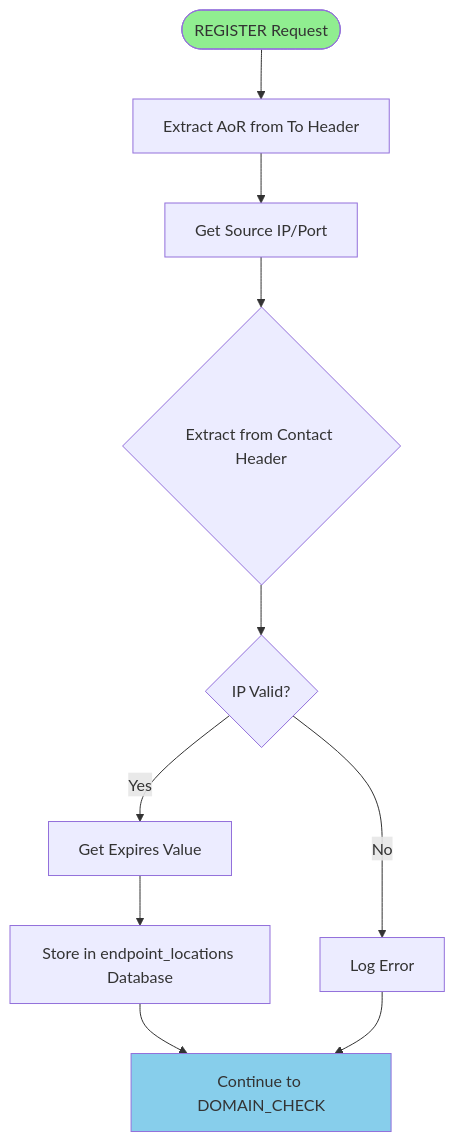
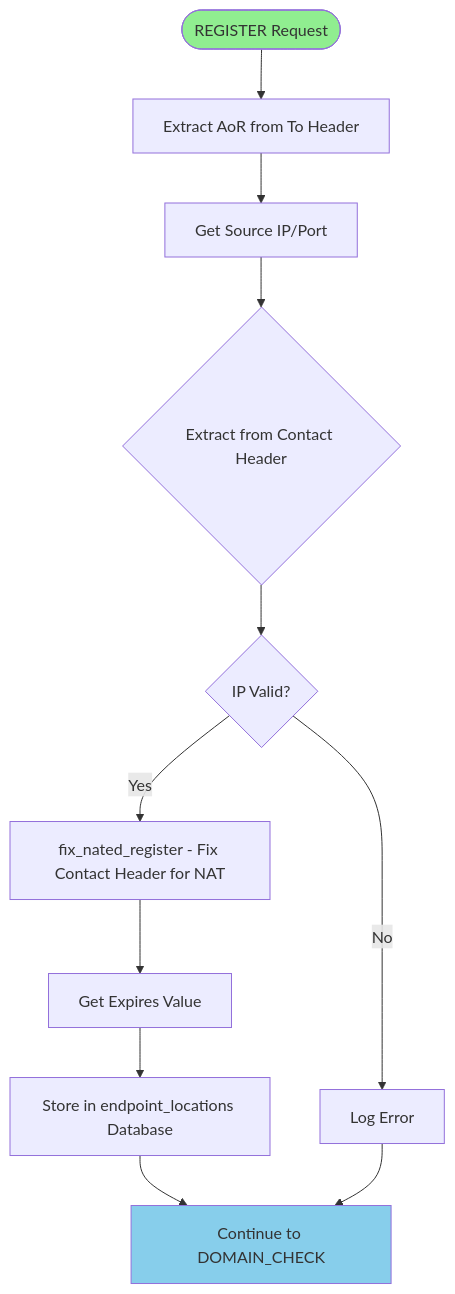
One commit to aelintra/pbx3sbc changed diagram 11 of 13 in docs/OPENSIPS-LOGIC-DIAGRAM.md. Above: the diagram before and after it, drawn with Mermaid. The commit also changed other lines of this file and 1 other file, not shown here.

First line of the commit message:
Update documentation: repurpose Kamailio docs and update logic diagrams

````diff
--- a/docs/OPENSIPS-LOGIC-DIAGRAM.md
+++ b/docs/OPENSIPS-LOGIC-DIAGRAM.md
@@ -302,15 +331,16 @@
 ```mermaid
 flowchart TD
     Start([REGISTER Request]) --> ExtractAoR[Extract AoR from To Header]
     ExtractAoR --> GetSourceIP[Get Source IP/Port]
     GetSourceIP --> ExtractContact{Extract from Contact Header}
     ExtractContact --> ValidateIP{IP Valid?}
     ValidateIP -->|No| LogError[Log Error]
-    ValidateIP -->|Yes| GetExpires[Get Expires Value]
+    ValidateIP -->|Yes| FixNATRegister[fix_nated_register - Fix Contact Header for NAT]
+    FixNATRegister --> GetExpires[Get Expires Value]
     GetExpires --> StoreDB[Store in endpoint_locations Database]
     StoreDB --> RouteDomainCheck[Continue to DOMAIN_CHECK]
     LogError --> RouteDomainCheck
     
     style Start fill:#90EE90
     style RouteDomainCheck fill:#87CEEB
 ```
````
